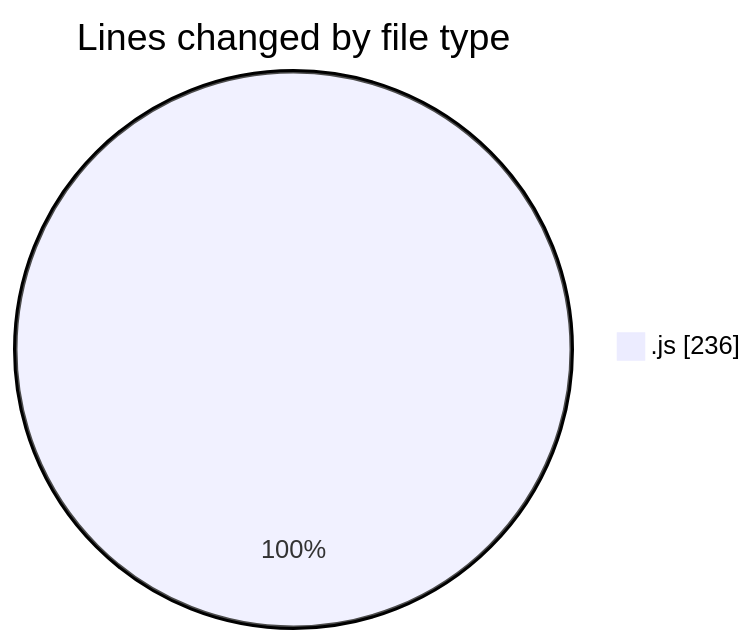
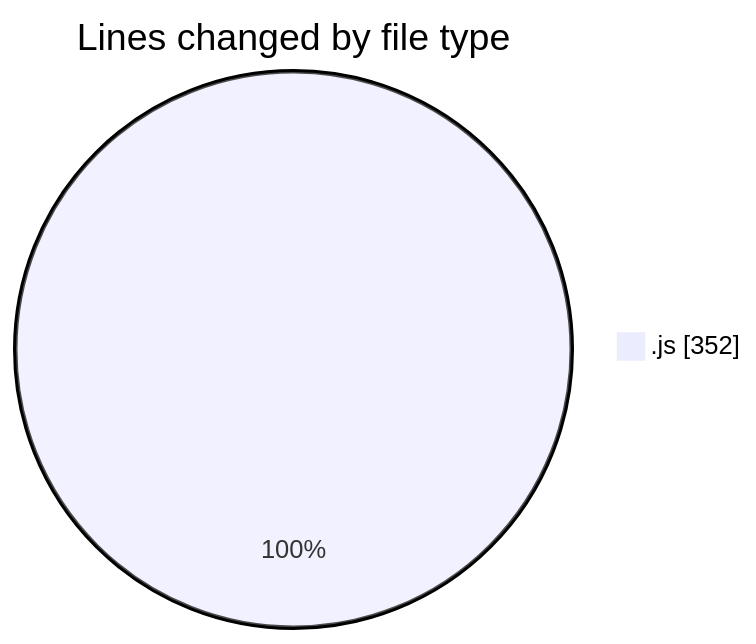
Before and after one commit to momahboobian/code-tracking: the first of 2 diagrams in 2026-02-02/cda/README.md, drawn with Mermaid. The commit also changed other lines of this file and 1 other file, not shown here.

````diff
--- a/2026-02-02/cda/README.md
+++ b/2026-02-02/cda/README.md
@@ -21,5 +22,5 @@
 ```mermaid
 pie showData
 title Lines changed by file type
-".js" : 236
+".js" : 352
 ```
````
